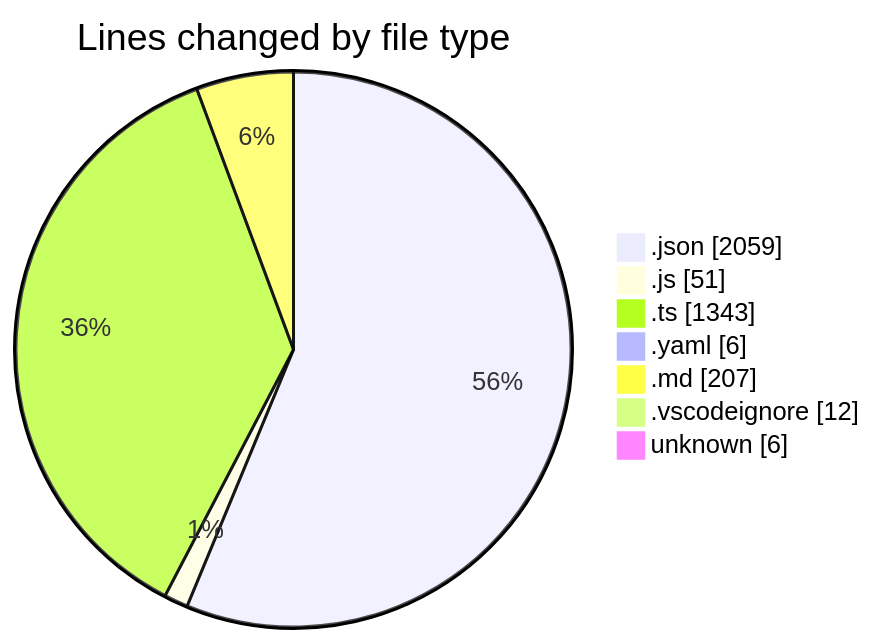
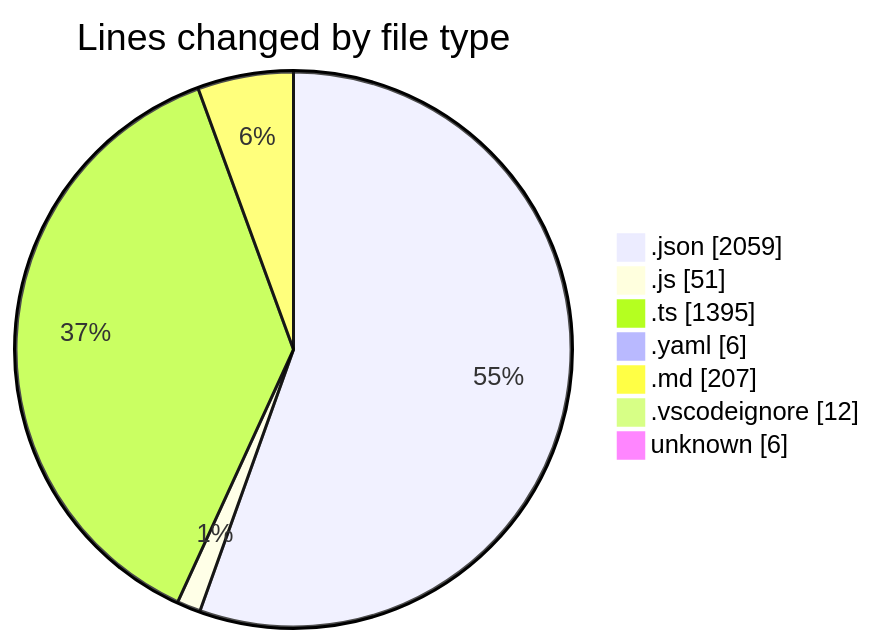
Before and after one commit to ernivani/code-tracking: the first of 2 diagrams in 2024-12-29/my-code-activity-ext/README.md, drawn with Mermaid. The commit also changed other lines of this file and 2 other files, not shown here.

````diff
--- a/2024-12-29/my-code-activity-ext/README.md
+++ b/2024-12-29/my-code-activity-ext/README.md
@@ -36,11 +36,11 @@
 ```mermaid
 pie showData
 title Lines changed by file type
 ".json" : 2059
 ".js" : 51
-".ts" : 1343
+".ts" : 1395
 ".yaml" : 6
 ".md" : 207
 ".vscodeignore" : 12
 "unknown" : 6
 ```
````
